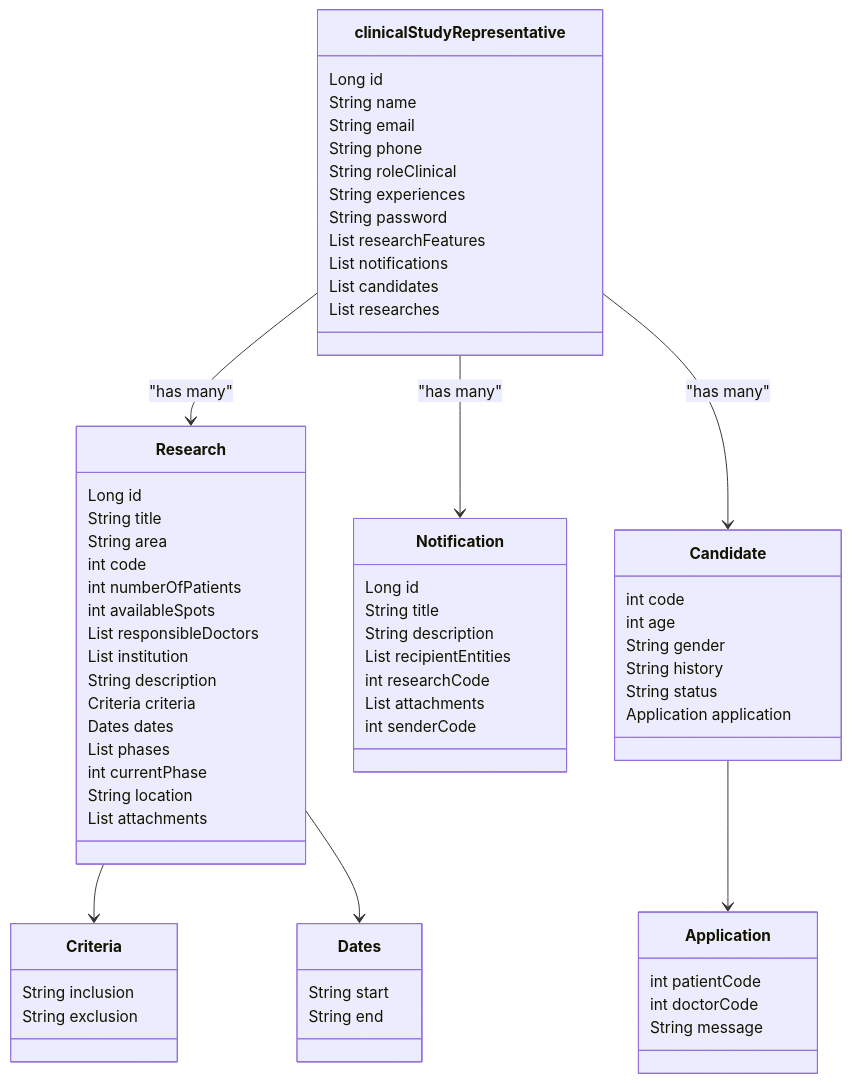
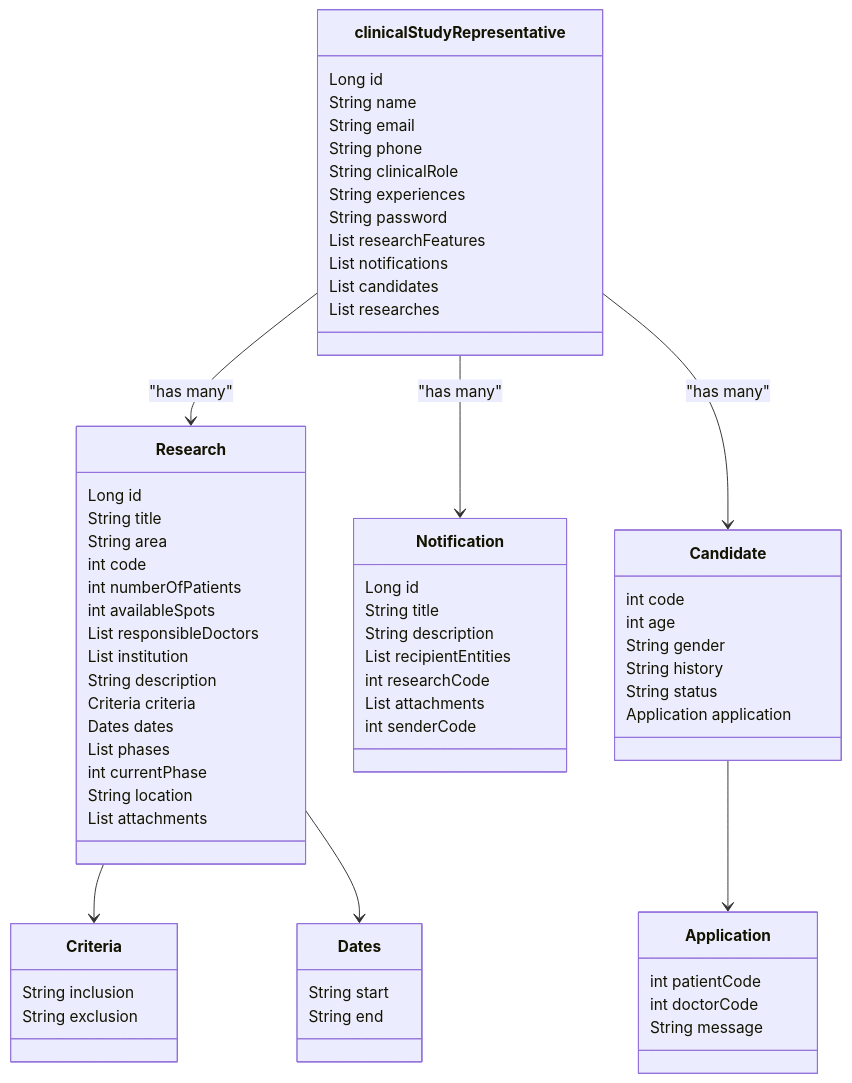
One commit to andrefilipe1310/inovamed- changed the third of 16 diagrams in README.md. Above: the diagram before and after it, drawn with Mermaid.

````diff
--- a/README.md
+++ b/README.md
@@ -49,78 +49,78 @@
 ```mermaid
 classDiagram
     class clinicalStudyRepresentative {
         Long id
         String name
         String email
         String phone
-        String roleClinical
+        String clinicalRole
         String experiences
         String password
         List<Research> researchFeatures
         List<Notification> notifications
         List<Candidate> candidates
         List<Research> researches
     }
 
     class Research {
         Long id
         String title
         String area
         int code
         int numberOfPatients
         int availableSpots
         List<String> responsibleDoctors
         List<String> institution
         String description
         Criteria criteria
         Dates dates
         List<String> phases
         int currentPhase
         String location
         List<String> attachments
     }
 
     class Criteria {
         String inclusion
         String exclusion
     }
 
     class Dates {
         String start
         String end
     }
 
     class Notification {
         Long id
         String title
         String description
         List<Long> recipientEntities
         int researchCode
         List<String> attachments
         int senderCode
     }
 
     class Candidate {
         int code
         int age
         String gender
         String history
         String status
         Application application
     }
 
     class Application {
         int patientCode
         int doctorCode
         String message
     }
 
     %% Relations
     clinicalStudyRepresentative --> Research : "has many"
     clinicalStudyRepresentative --> Notification : "has many"
     clinicalStudyRepresentative --> Candidate : "has many"
     Research --> Criteria
     Research --> Dates
     Candidate --> Application
 
 ```
````
